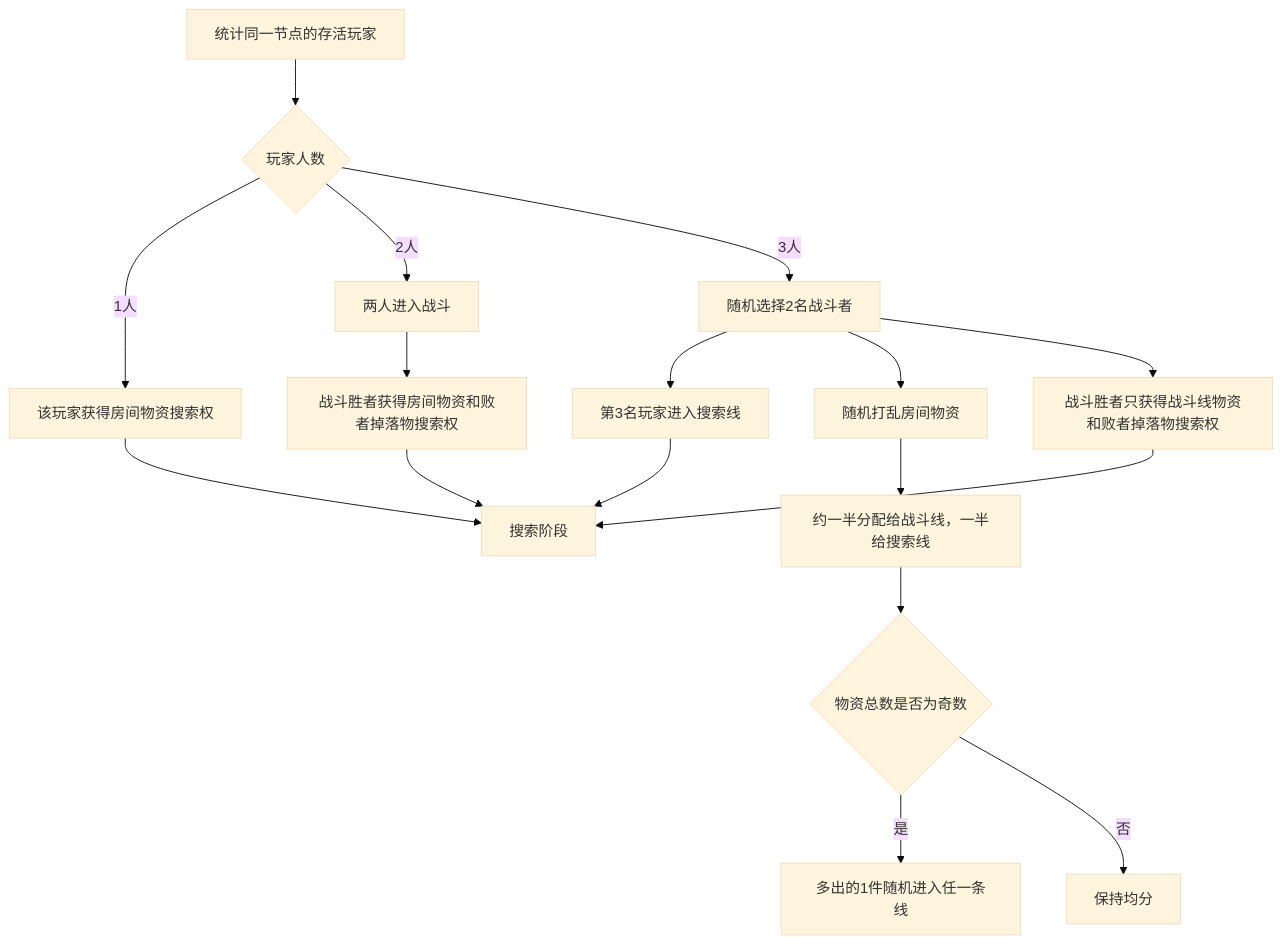
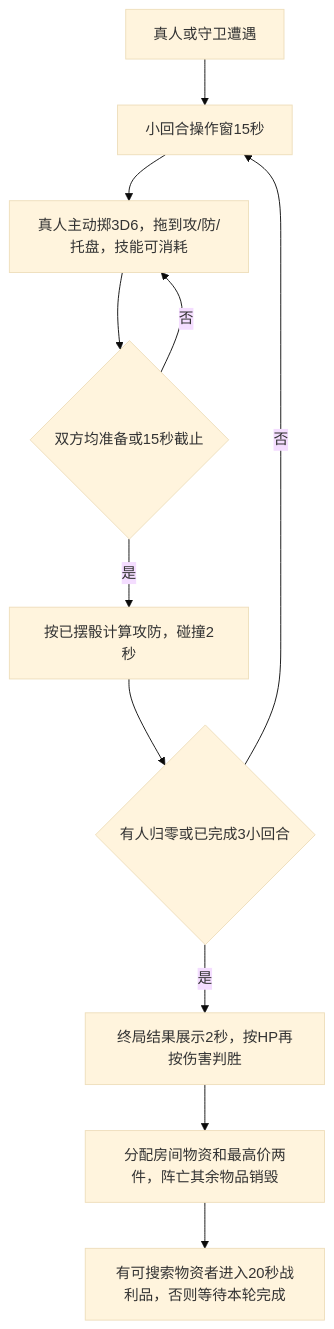
The sixth of 6 diagrams in docs/游戏产品流程图.md (Yeungsam/heisino-game), drawn with Mermaid (base theme) before and after one commit. The commit also changed other lines of this file and 19 other files, not shown here.

````diff
--- a/docs/游戏产品流程图.md
+++ b/docs/游戏产品流程图.md
@@ -264,19 +222,13 @@
 ```mermaid
 flowchart TD
-    A["统计同一节点的存活玩家"] --> B{"玩家人数"}
-    B -- "1人" --> C["该玩家获得房间物资搜索权"]
-    B -- "2人" --> D["两人进入战斗"]
-    B -- "3人" --> E["随机选择2名战斗者"]
-    E --> F["第3名玩家进入搜索线"]
-    E --> G["随机打乱房间物资"]
-    G --> H["约一半分配给战斗线，一半给搜索线"]
-    H --> I{"物资总数是否为奇数"}
-    I -- "是" --> J["多出的1件随机进入任一条线"]
-    I -- "否" --> K["保持均分"]
-    D --> L["战斗胜者获得房间物资和败者掉落物搜索权"]
-    E --> M["战斗胜者只获得战斗线物资和败者掉落物搜索权"]
-    C --> N["搜索阶段"]
-    F --> N
-    L --> N
-    M --> N
+    A["真人或守卫遭遇"] --> B["小回合操作窗15秒"]
+    B --> C["真人主动掷3D6，拖到攻/防/托盘，技能可消耗"]
+    C --> D{"双方均准备或15秒截止"}
+    D -- "否" --> C
+    D -- "是" --> E["按已摆骰计算攻防，碰撞2秒"]
+    E --> F{"有人归零或已完成3小回合"}
+    F -- "否" --> B
+    F -- "是" --> G["终局结果展示2秒，按HP再按伤害判胜"]
+    G --> H["分配房间物资和最高价两件，阵亡其余物品销毁"]
+    H --> I["有可搜索物资者进入20秒战利品，否则等待本轮完成"]
 ```
````
